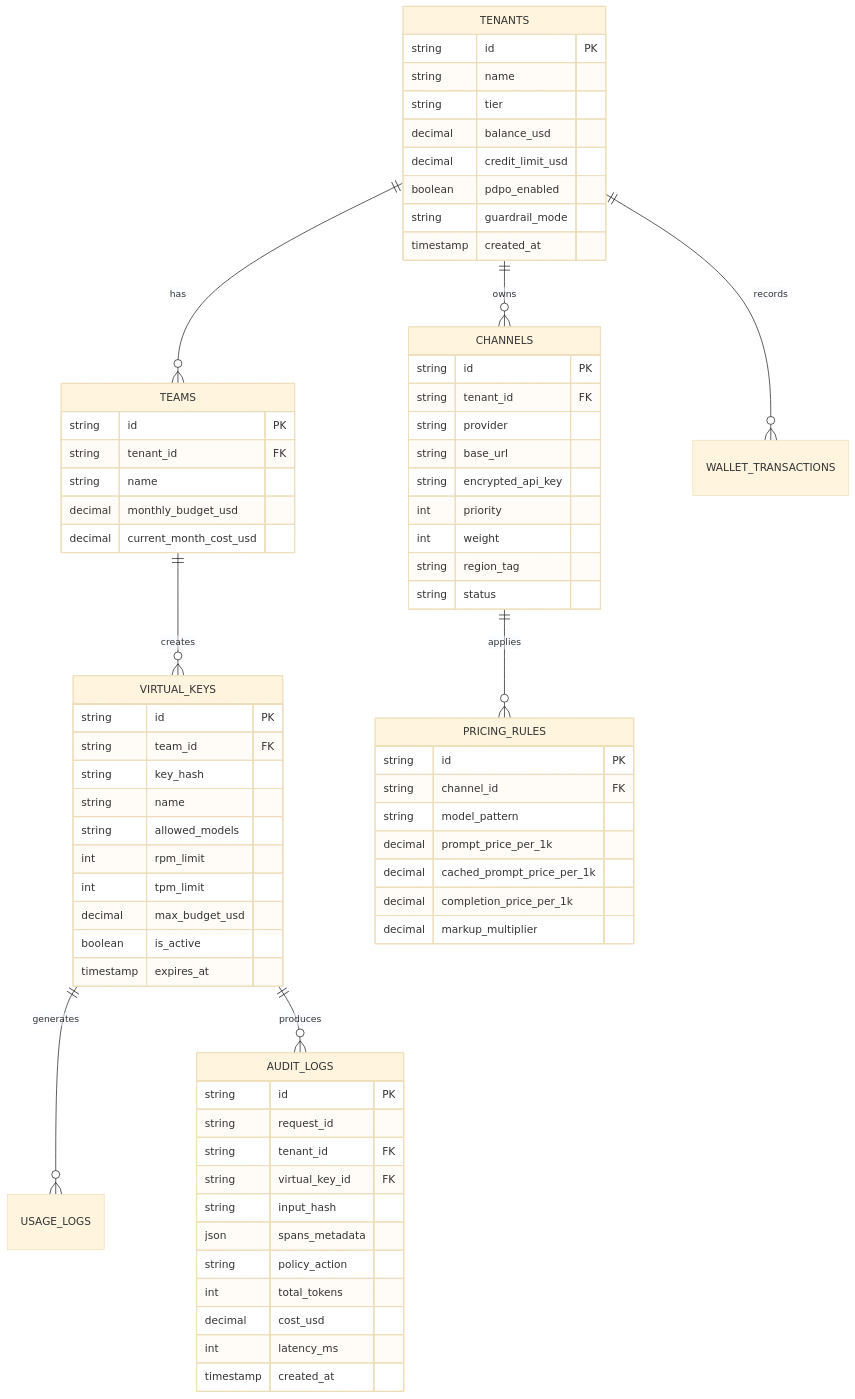
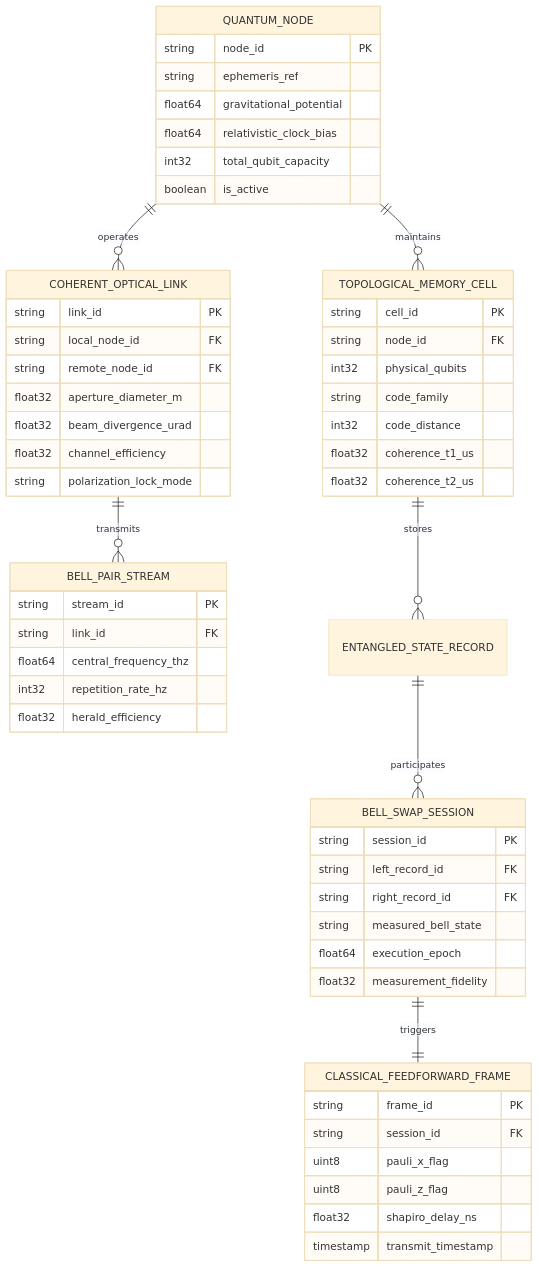
Before and after one commit to dotsg/SuperGoodViewer: the third of 3 diagrams in test.md, drawn with Mermaid (base theme). The commit also changed other lines of this file and 7 other files, not shown here.

````diff
--- a/test.md
+++ b/test.md
@@ -535,78 +402,64 @@
 ```mermaid
 erDiagram
-    TENANTS ||--o{ TEAMS : "has"
-    TENANTS ||--o{ CHANNELS : "owns"
-    TENANTS ||--o{ WALLET_TRANSACTIONS : "records"
-    TEAMS ||--o{ VIRTUAL_KEYS : "creates"
-    VIRTUAL_KEYS ||--o{ USAGE_LOGS : "generates"
-    VIRTUAL_KEYS ||--o{ AUDIT_LOGS : "produces"
-    CHANNELS ||--o{ PRICING_RULES : "applies"
+    QUANTUM_NODE ||--o{ COHERENT_OPTICAL_LINK : "operates"
+    QUANTUM_NODE ||--o{ TOPOLOGICAL_MEMORY_CELL : "maintains"
+    COHERENT_OPTICAL_LINK ||--o{ BELL_PAIR_STREAM : "transmits"
+    TOPOLOGICAL_MEMORY_CELL ||--o{ ENTANGLED_STATE_RECORD : "stores"
+    ENTANGLED_STATE_RECORD ||--o{ BELL_SWAP_SESSION : "participates"
+    BELL_SWAP_SESSION ||--|| CLASSICAL_FEEDFORWARD_FRAME : "triggers"
 
-    TENANTS {
-        string id PK
-        string name
-        string tier
-        decimal balance_usd
-        decimal credit_limit_usd
-        boolean pdpo_enabled
-        string guardrail_mode
-        timestamp created_at
+    QUANTUM_NODE {
+        string node_id PK
+        string ephemeris_ref
+        float64 gravitational_potential
+        float64 relativistic_clock_bias
+        int32 total_qubit_capacity
+        boolean is_active
     }
 
-    TEAMS {
-        string id PK
-        string tenant_id FK
-        string name
-        decimal monthly_budget_usd
-        decimal current_month_cost_usd
+    COHERENT_OPTICAL_LINK {
+        string link_id PK
+        string local_node_id FK
+        string remote_node_id FK
+        float32 aperture_diameter_m
+        float32 beam_divergence_urad
+        float32 channel_efficiency
+        string polarization_lock_mode
     }
 
-    VIRTUAL_KEYS {
-        string id PK
-        string team_id FK
-        string key_hash
-        string name
-        string allowed_models
-        int rpm_limit
-        int tpm_limit
-        decimal max_budget_usd
-        boolean is_active
-        timestamp expires_at
+    TOPOLOGICAL_MEMORY_CELL {
+        string cell_id PK
+        string node_id FK
+        int32 physical_qubits
+        string code_family
+        int32 code_distance
+        float32 coherence_t1_us
+        float32 coherence_t2_us
     }
 
-    CHANNELS {
-        string id PK
-        string tenant_id FK
-        string provider
-        string base_url
-        string encrypted_api_key
-        int priority
-        int weight
-        string region_tag
-        string status
+    BELL_PAIR_STREAM {
+        string stream_id PK
+        string link_id FK
+        float64 central_frequency_thz
+        int32 repetition_rate_hz
+        float32 herald_efficiency
     }
 
-    PRICING_RULES {
-        string id PK
-        string channel_id FK
-        string model_pattern
-        decimal prompt_price_per_1k
-        decimal cached_prompt_price_per_1k
-        decimal completion_price_per_1k
-        decimal markup_multiplier
+    BELL_SWAP_SESSION {
+        string session_id PK
+        string left_record_id FK
+        string right_record_id FK
+        string measured_bell_state
+        float64 execution_epoch
+        float32 measurement_fidelity
     }
 
-    AUDIT_LOGS {
-        string id PK
-        string request_id
-        string tenant_id FK
-        string virtual_key_id FK
-        string input_hash
-        json spans_metadata
-        string policy_action
-        int total_tokens
-        decimal cost_usd
-        int latency_ms
-        timestamp created_at
+    CLASSICAL_FEEDFORWARD_FRAME {
+        string frame_id PK
+        string session_id FK
+        uint8 pauli_x_flag
+        uint8 pauli_z_flag
+        float32 shapiro_delay_ns
+        timestamp transmit_timestamp
     }
 ```
````
